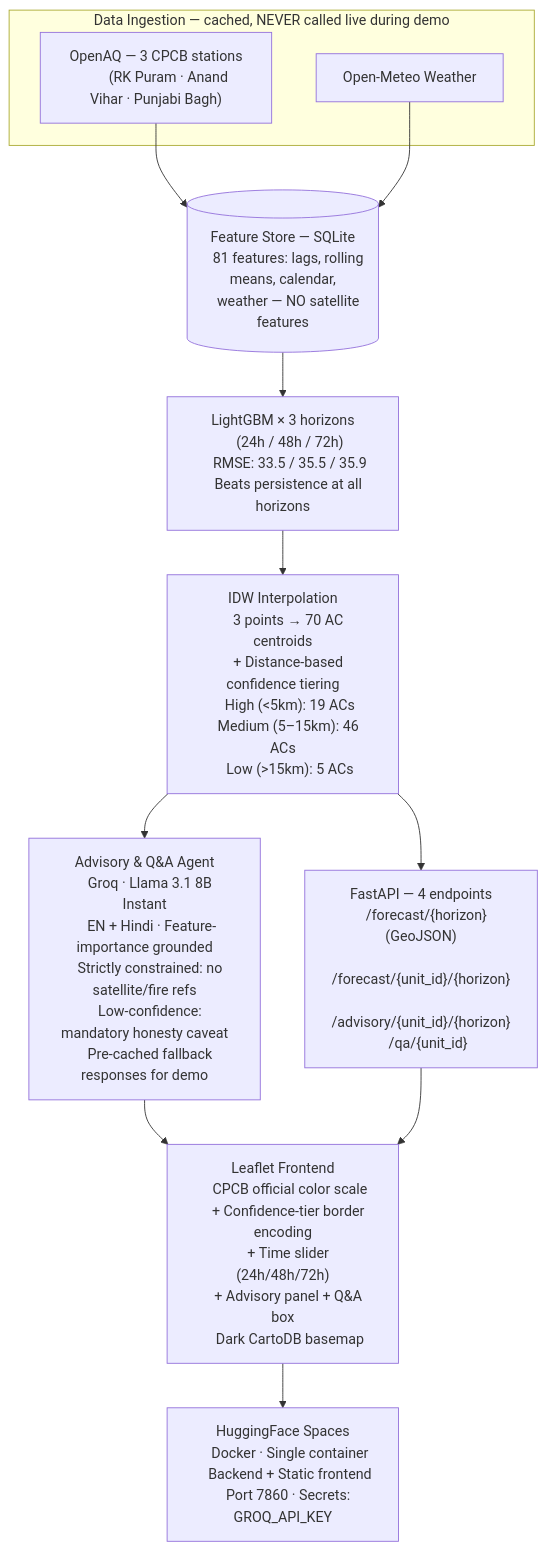
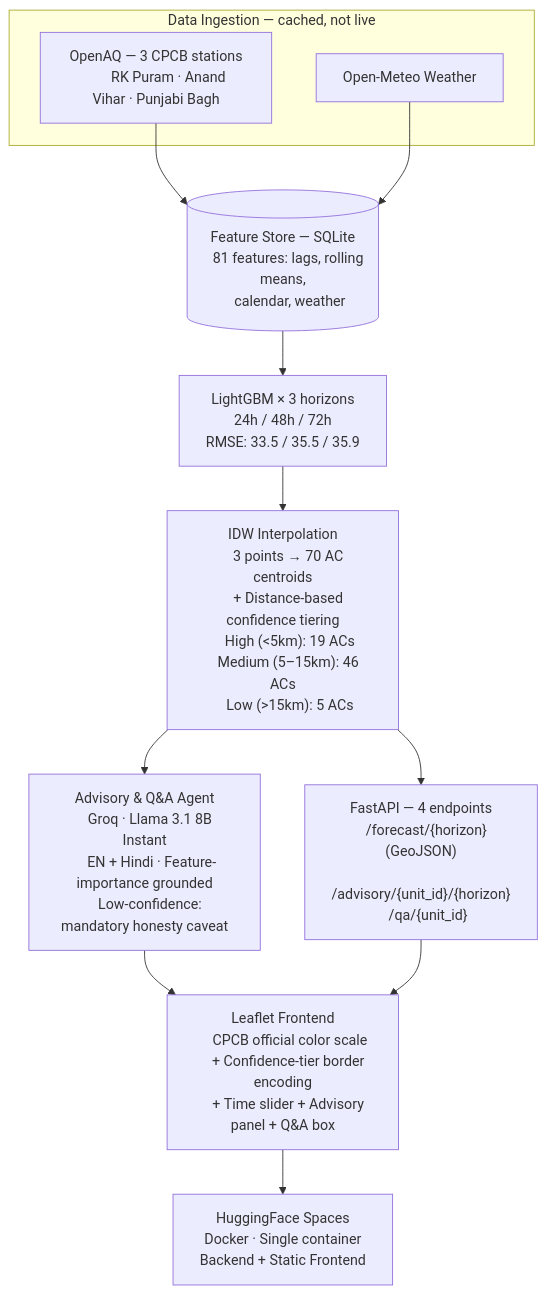
One commit to rohitdecodes/VayuDrishti changed the diagram in README.md. Above: the diagram before and after it, drawn with Mermaid. The commit also changed other lines of this file and 1 other file, not shown here.

First line of the commit message:
Phase 3 complete: frontend, deployment, and submission-ready README

````diff
--- a/README.md
+++ b/README.md
@@ -135,45 +117,39 @@
 ```mermaid
 flowchart TD
-    subgraph ING["Data Ingestion — cached, NEVER called live during demo"]
+    subgraph ING["Data Ingestion — cached, not live"]
         A1["OpenAQ — 3 CPCB stations
-        (RK Puram · Anand Vihar · Punjabi Bagh)"]
+        RK Puram · Anand Vihar · Punjabi Bagh"]
         A2["Open-Meteo Weather"]
     end
     A1 --> FS
     A2 --> FS
     FS[("Feature Store — SQLite
-    81 features: lags, rolling means, calendar,
-    weather — NO satellite features")]
+    81 features: lags, rolling means,
+    calendar, weather")]
     FS --> MODEL["LightGBM × 3 horizons
-    (24h / 48h / 72h)
-    RMSE: 33.5 / 35.5 / 35.9
-    Beats persistence at all horizons"]
+    24h / 48h / 72h
+    RMSE: 33.5 / 35.5 / 35.9"]
     MODEL --> IDW["IDW Interpolation
     3 points → 70 AC centroids
     + Distance-based confidence tiering
     High (<5km): 19 ACs
     Medium (5–15km): 46 ACs
     Low (>15km): 5 ACs"]
     IDW --> AGENT["Advisory & Q&A Agent
     Groq · Llama 3.1 8B Instant
     EN + Hindi · Feature-importance grounded
-    Strictly constrained: no satellite/fire refs
-    Low-confidence: mandatory honesty caveat
-    Pre-cached fallback responses for demo"]
+    Low-confidence: mandatory honesty caveat"]
     IDW --> API["FastAPI — 4 endpoints
     /forecast/{horizon} (GeoJSON)
-    /forecast/{unit_id}/{horizon}
     /advisory/{unit_id}/{horizon}
     /qa/{unit_id}"]
-    AGENT --> FE["Leaflet Frontend
+    AGENT --> FE
+    API --> FE
+    FE["Leaflet Frontend
     CPCB official color scale
     + Confidence-tier border encoding
-    + Time slider (24h/48h/72h)
-    + Advisory panel + Q&A box
-    Dark CartoDB basemap"]
-    API --> FE
+    + Time slider + Advisory panel + Q&A box"]
     FE --> DEPLOY["HuggingFace Spaces
     Docker · Single container
-    Backend + Static frontend
-    Port 7860 · Secrets: GROQ_API_KEY"]
+    Backend + Static Frontend"]
 ```
````
